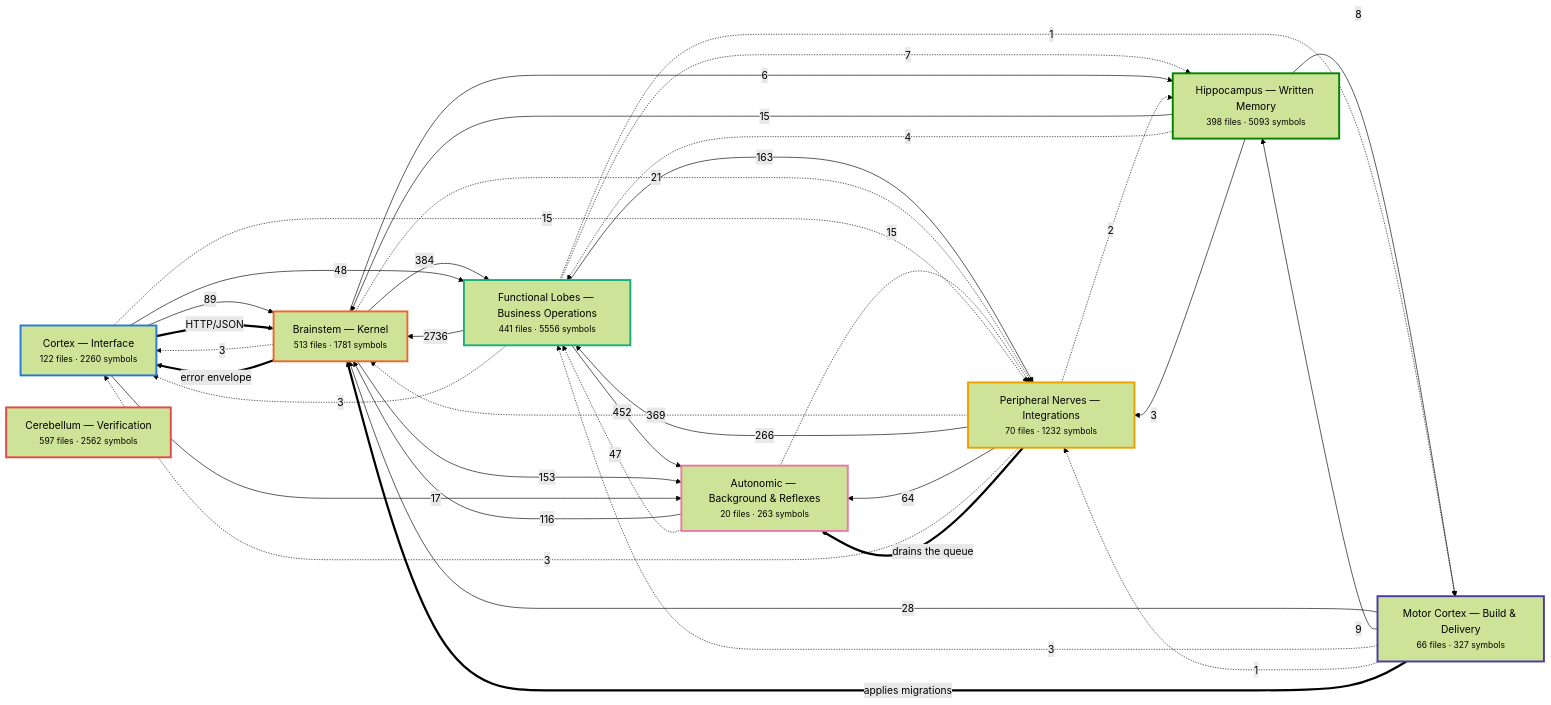
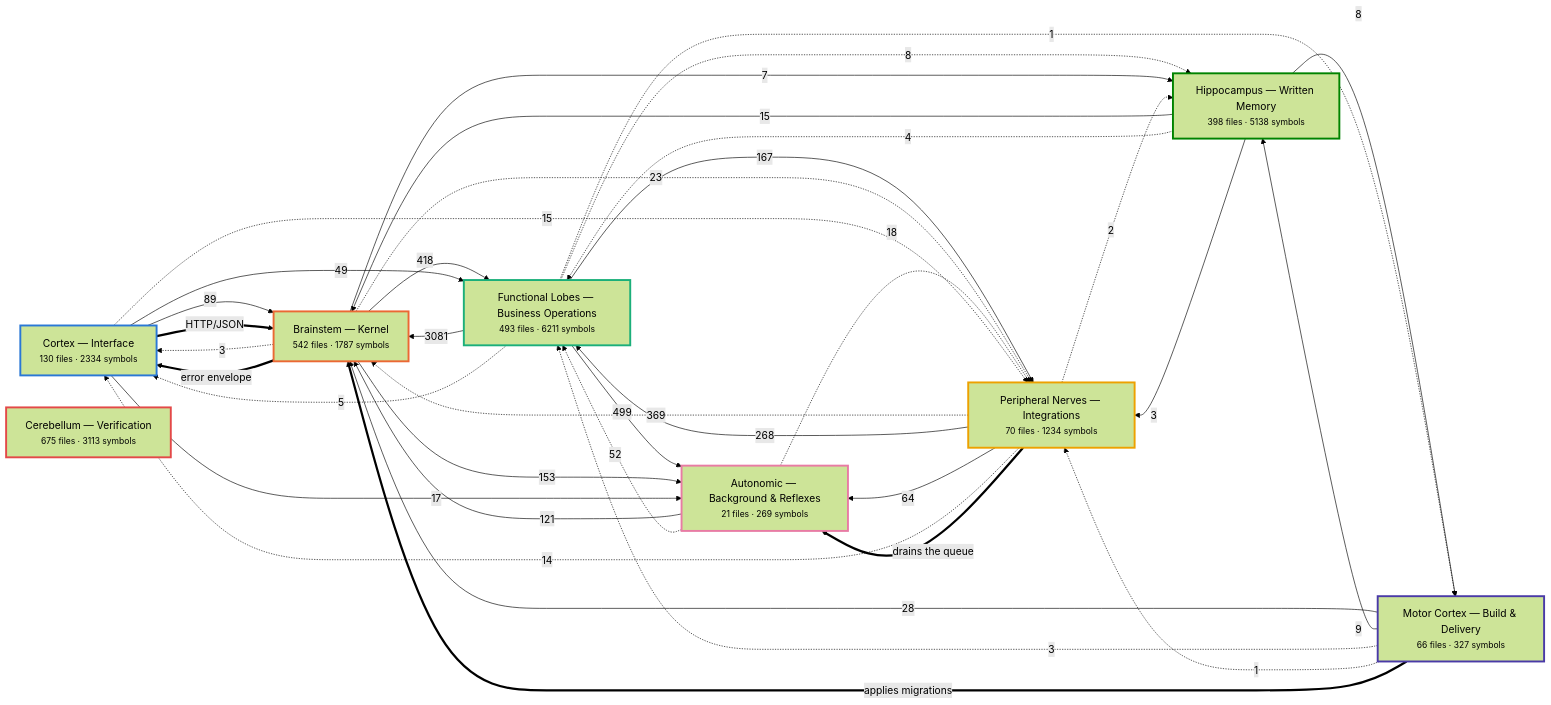
The first of 7 diagrams in docs/brain/BRAIN.md (Vishalnayak226/custom_erp), drawn with Mermaid (forest theme) before and after one commit. The commit also changed other lines of this file and 410 other files, not shown here.

````diff
--- a/docs/brain/BRAIN.md
+++ b/docs/brain/BRAIN.md
@@ -35,62 +35,62 @@
 ```mermaid
 flowchart LR
-  n_cortex["Cortex — Interface<br/><small>122 files · 2260 symbols</small>"]
-  n_brainstem["Brainstem — Kernel<br/><small>513 files · 1781 symbols</small>"]
-  n_business["Functional Lobes — Business Operations<br/><small>441 files · 5556 symbols</small>"]
-  n_peripheral["Peripheral Nerves — Integrations<br/><small>70 files · 1232 symbols</small>"]
-  n_autonomic["Autonomic — Background & Reflexes<br/><small>20 files · 263 symbols</small>"]
-  n_memory["Hippocampus — Written Memory<br/><small>398 files · 5093 symbols</small>"]
+  n_cortex["Cortex — Interface<br/><small>130 files · 2334 symbols</small>"]
+  n_brainstem["Brainstem — Kernel<br/><small>542 files · 1787 symbols</small>"]
+  n_business["Functional Lobes — Business Operations<br/><small>493 files · 6211 symbols</small>"]
+  n_peripheral["Peripheral Nerves — Integrations<br/><small>70 files · 1234 symbols</small>"]
+  n_autonomic["Autonomic — Background & Reflexes<br/><small>21 files · 269 symbols</small>"]
+  n_memory["Hippocampus — Written Memory<br/><small>398 files · 5138 symbols</small>"]
   n_motor["Motor Cortex — Build & Delivery<br/><small>66 files · 327 symbols</small>"]
-  n_verification["Cerebellum — Verification<br/><small>597 files · 2562 symbols</small>"]
-  n_business -->|2736| n_brainstem
-  n_business -->|452| n_autonomic
-  n_brainstem -->|384| n_business
+  n_verification["Cerebellum — Verification<br/><small>675 files · 3113 symbols</small>"]
+  n_business -->|3081| n_brainstem
+  n_business -->|499| n_autonomic
+  n_brainstem -->|418| n_business
   n_peripheral -.->|369| n_brainstem
-  n_peripheral -->|266| n_business
-  n_business -->|163| n_peripheral
+  n_peripheral -->|268| n_business
+  n_business -->|167| n_peripheral
   n_brainstem -->|153| n_autonomic
-  n_autonomic -->|116| n_brainstem
+  n_autonomic -->|121| n_brainstem
   n_cortex -->|89| n_brainstem
   n_peripheral -->|64| n_autonomic
-  n_cortex -->|48| n_business
-  n_autonomic -.->|47| n_business
+  n_autonomic -.->|52| n_business
+  n_cortex -->|49| n_business
   n_motor -->|28| n_brainstem
-  n_brainstem -.->|21| n_peripheral
+  n_brainstem -.->|23| n_peripheral
+  n_autonomic -.->|18| n_peripheral
   n_cortex -->|17| n_autonomic
-  n_autonomic -.->|15| n_peripheral
   n_cortex -.->|15| n_peripheral
   n_memory -->|15| n_brainstem
+  n_peripheral -.->|14| n_cortex
   n_motor -->|9| n_memory
+  n_business -.->|8| n_memory
   n_memory -->|8| n_motor
-  n_business -.->|7| n_memory
-  n_brainstem -->|6| n_memory
+  n_brainstem -->|7| n_memory
+  n_business -.->|5| n_cortex
   n_memory -.->|4| n_business
   n_brainstem -.->|3| n_cortex
-  n_business -.->|3| n_cortex
   n_memory -->|3| n_peripheral
   n_motor -.->|3| n_business
-  n_peripheral -.->|3| n_cortex
   n_peripheral -.->|2| n_memory
   n_business -.->|1| n_motor
   n_motor -.->|1| n_peripheral
   n_brainstem ==>|error envelope| n_cortex
   n_cortex ==>|HTTP/JSON| n_brainstem
   n_motor ==>|applies migrations| n_brainstem
   n_peripheral ==>|drains the queue| n_autonomic
   classDef n_cortex stroke:#2a78d6,stroke-width:3px;
   class n_cortex n_cortex;
   classDef n_brainstem stroke:#eb6834,stroke-width:3px;
   class n_brainstem n_brainstem;
   classDef n_business stroke:#1baf7a,stroke-width:3px;
   class n_business n_business;
   classDef n_peripheral stroke:#eda100,stroke-width:3px;
   class n_peripheral n_peripheral;
   classDef n_autonomic stroke:#e87ba4,stroke-width:3px;
   class n_autonomic n_autonomic;
   classDef n_memory stroke:#008300,stroke-width:3px;
   class n_memory n_memory;
   classDef n_motor stroke:#4a3aa7,stroke-width:3px;
   class n_motor n_motor;
   classDef n_verification stroke:#e34948,stroke-width:3px;
   class n_verification n_verification;
 ```
````
